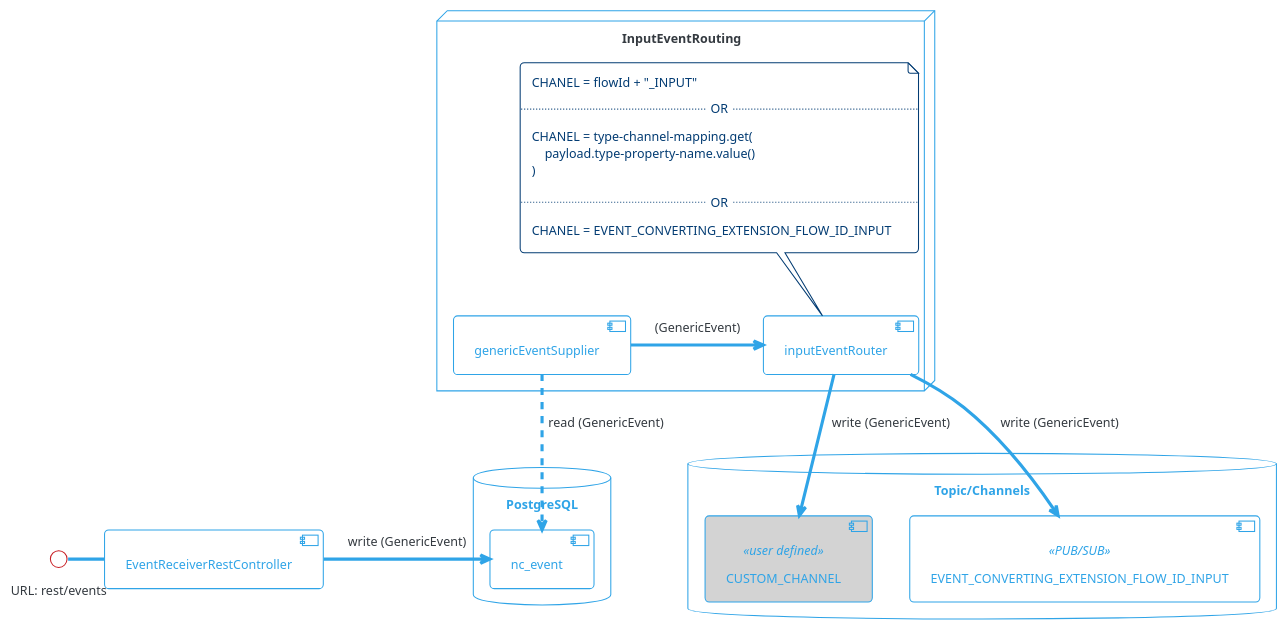
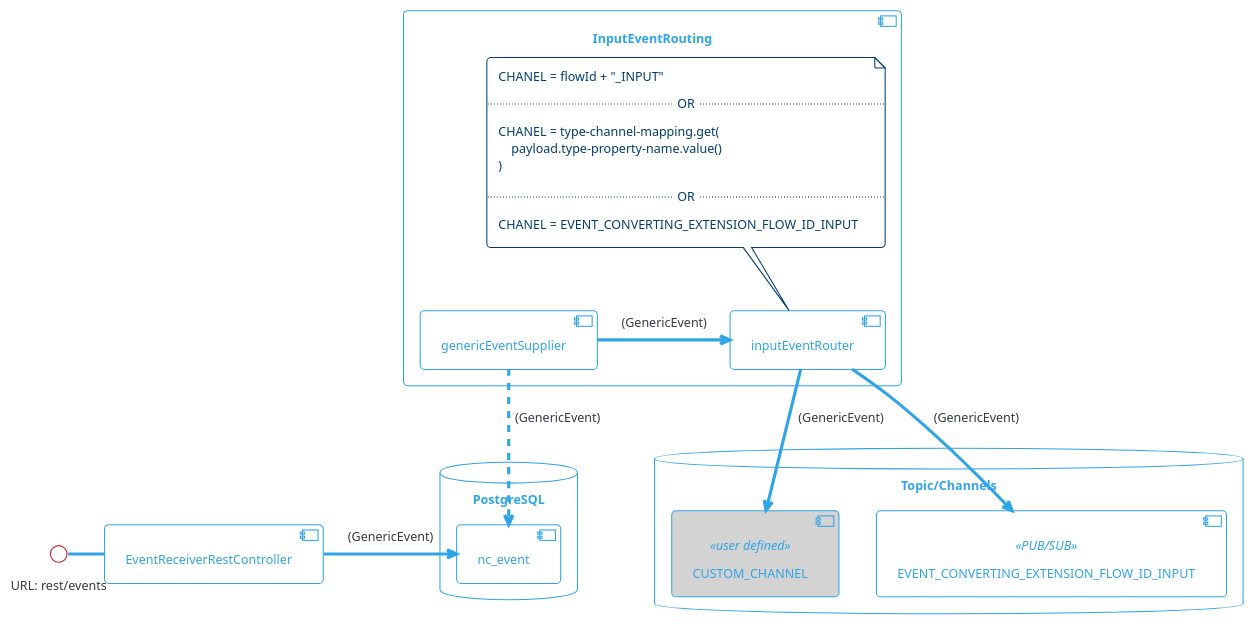
Before and after one commit to com-obj/notiflow: the diagram in diagrams/input-event-routing.puml, drawn with PlantUML. The commit also changed 5 other files, not shown here.

Commit message:
update diagrams

```diff
--- a/diagrams/input-event-routing.puml
+++ b/diagrams/input-event-routing.puml
@@ -1,54 +1,54 @@
 @startuml
 
 !theme cerulean-outline
 
 skinparam component {
     backgroundColor<<user defined>> LightGray
 }
 
 database "PostgreSQL" {
     [nc_event]
 }
 
 () "URL: rest/events" - [EventReceiverRestController]
-EventReceiverRestController -r-> nc_event : write (GenericEvent)
+EventReceiverRestController -r-> nc_event : (GenericEvent)
 
 
 database "Topic/Channels" {
 
     [CUSTOM_CHANNEL]<<user defined>>
     [EVENT_CONVERTING_EXTENSION_FLOW_ID_INPUT]<<PUB/SUB>> 
 }
 
-node "InputEventRouting" {
-  [genericEventSupplier] ..> nc_event : read (GenericEvent)
+component "InputEventRouting" {
+  [genericEventSupplier] ..> nc_event : (GenericEvent)
   [inputEventRouter]
 
   genericEventSupplier -> inputEventRouter: (GenericEvent)
 
   note top of inputEventRouter 
     CHANEL = flowId + "_INPUT"    
     ..OR..
     CHANEL = type-channel-mapping.get( 
         payload.type-property-name.value() 
     )
     ..OR..
     CHANEL = EVENT_CONVERTING_EXTENSION_FLOW_ID_INPUT
   end note  
 
-  inputEventRouter --> CUSTOM_CHANNEL : write (GenericEvent)
-  inputEventRouter --> EVENT_CONVERTING_EXTENSION_FLOW_ID_INPUT : write (GenericEvent)
+  inputEventRouter --> CUSTOM_CHANNEL : (GenericEvent)
+  inputEventRouter --> EVENT_CONVERTING_EXTENSION_FLOW_ID_INPUT : (GenericEvent)
 }
 
 
 
 
 
 
 
 
 
 
 
 
 @enduml
```
